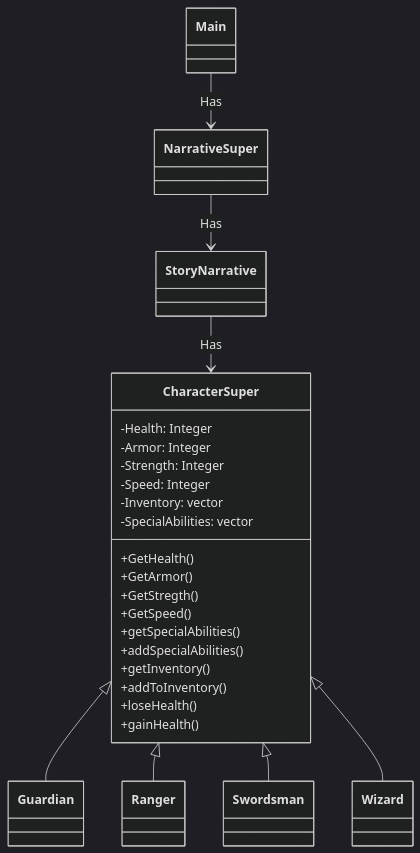
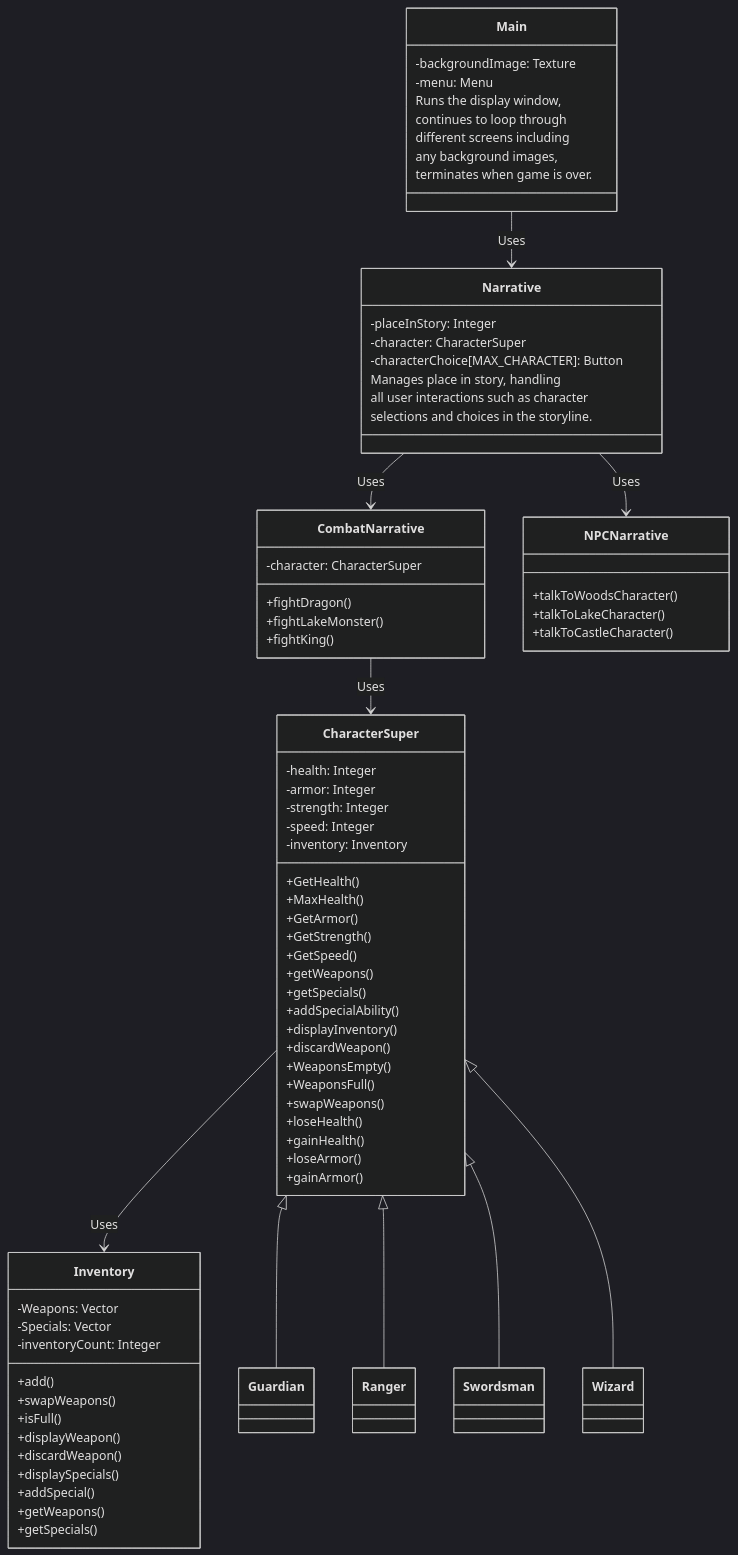
The first of 3 diagrams in README.md (Canada101/sd), drawn with Mermaid (dark theme) before and after one commit.

Commit message:
adjusting README file, still in process, testing Logical View diagram

````diff
--- a/README.md
+++ b/README.md
@@ -32,34 +32,74 @@
 ```mermaid
   classDiagram
-    class NarrativeSuper {
-
+    class Narrative {
+        -placeInStory: Integer
+        -character: CharacterSuper
+        -characterChoice[MAX_CHARACTER]: Button
+        Manages place in story, handling
+        all user interactions such as character 
+        selections and choices in the storyline.
     }
 
-    class StoryNarrative{
-
+    class CombatNarrative{
+        -character: CharacterSuper
+        +fightDragon()
+        +fightLakeMonster()
+        +fightKing()
     }
 
-    class Main { 
-     
+    class NPCNarrative{
+        +talkToWoodsCharacter()
+        +talkToLakeCharacter()
+        +talkToCastleCharacter()
     }
 
+    class Main{
+        -backgroundImage: Texture
+        -menu: Menu
+        Runs the display window,
+        continues to loop through
+        different screens including
+        any background images,
+        terminates when game is over. 
+    }
     class CharacterSuper{
-      -Health: Integer
-      -Armor: Integer
-      -Strength: Integer
-      -Speed: Integer
-      -Inventory: vector<String>
-      -SpecialAbilities: vector<String>
+      -health: Integer
+      -armor: Integer
+      -strength: Integer
+      -speed: Integer
+      -inventory: Inventory
       +GetHealth()
+      +MaxHealth()
       +GetArmor()
-      +GetStregth()
+      +GetStrength()
       +GetSpeed()
-      +getSpecialAbilities()
-      +addSpecialAbilities()
-      +getInventory()
-      +addToInventory()
+      +getWeapons()
+      +getSpecials()
+      +addSpecialAbility()
+      +displayInventory()
+      +discardWeapon()
+      +WeaponsEmpty()
+      +WeaponsFull()
+      +swapWeapons()
       +loseHealth()
       +gainHealth()
+      +loseArmor()
+      +gainArmor()
+    }
+
+    class Inventory{
+        -Weapons: Vector
+        -Specials: Vector
+        -inventoryCount: Integer
+        +add()
+        +swapWeapons()
+        +isFull()
+        +displayWeapon()
+        +discardWeapon()
+        +displaySpecials()
+        +addSpecial()
+        +getWeapons()
+        +getSpecials()
     }
 
     class Guardian{
@@ -79,11 +119,14 @@
     }
 
 
-    Main --> NarrativeSuper : Has
-    NarrativeSuper --> StoryNarrative : Has
-    StoryNarrative --> CharacterSuper : Has
+    Main --> Narrative : Uses
+    Narrative --> CombatNarrative : Uses
+    Narrative --> NPCNarrative : Uses
+    CombatNarrative --> CharacterSuper : Uses
+    CharacterSuper --> Inventory : Uses
     CharacterSuper <|-- Guardian 
     CharacterSuper <|-- Ranger
     CharacterSuper <|-- Swordsman
     CharacterSuper <|-- Wizard
+
 ```
````
